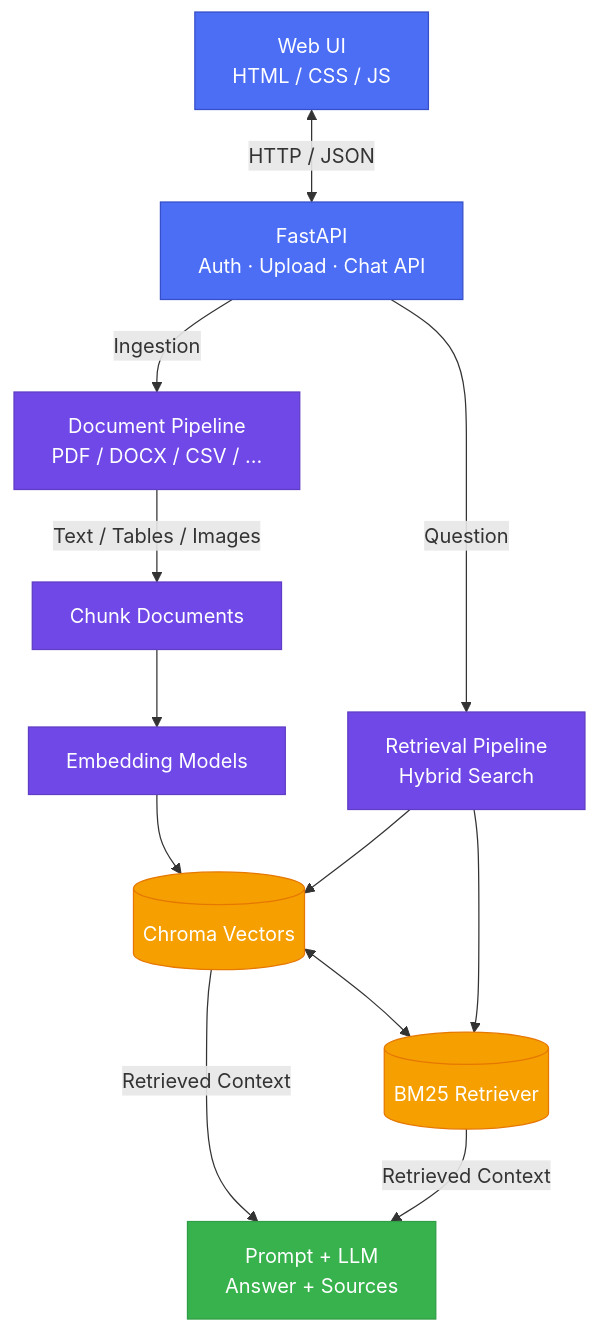
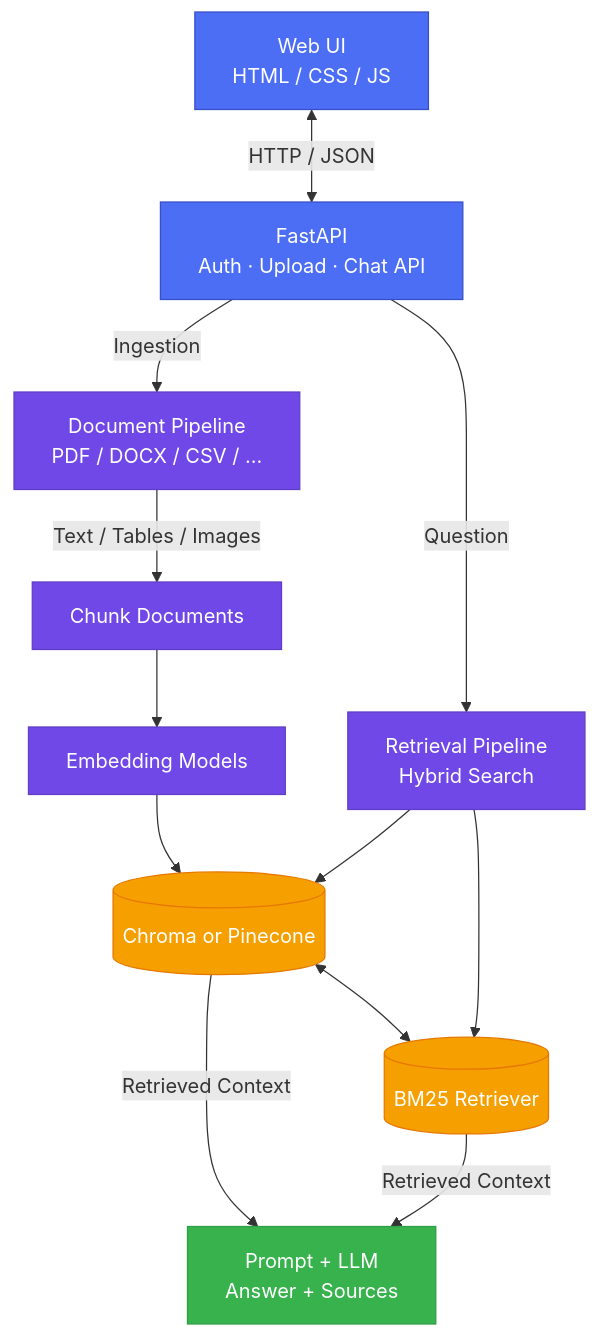
One commit to Narang-Garima/document-portal changed the first of 4 diagrams in README.md. Above: the diagram before and after it, drawn with Mermaid. The commit also changed other lines of this file and 30 other files, not shown here.

````diff
--- a/README.md
+++ b/README.md
@@ -24,36 +28,36 @@
 ```mermaid
 flowchart TD
     UI[Web UI<br/>HTML / CSS / JS]
     API[FastAPI<br/>Auth · Upload · Chat API]
     ING[Document Pipeline<br/>PDF / DOCX / CSV / ...]
     RET[Retrieval Pipeline<br/>Hybrid Search]
     CHUNK[Chunk Documents]
     EMBED[Embedding Models]
-    VEC[(Chroma Vectors)]
+    VEC[(Chroma or Pinecone)]
     BM25[(BM25 Retriever)]
     LLM[Prompt + LLM<br/>Answer + Sources]
 
     UI <-->|HTTP / JSON| API
     API -->|Ingestion| ING
     API -->|Question| RET
 
     ING -->|Text / Tables / Images| CHUNK
     CHUNK --> EMBED
     EMBED --> VEC
 
     VEC <--> BM25
     RET --> VEC
     RET --> BM25
     VEC -->|Retrieved Context| LLM
     BM25 -->|Retrieved Context| LLM
 
     classDef entry fill:#4C6EF5,stroke:#364FC7,color:#fff
     classDef process fill:#7048E8,stroke:#5F3DC4,color:#fff
     classDef storage fill:#F59F00,stroke:#E67700,color:#fff
     classDef output fill:#37B24D,stroke:#2F9E44,color:#fff
 
     class UI,API entry
     class ING,RET,CHUNK,EMBED process
     class VEC,BM25 storage
     class LLM output
 ```
````
